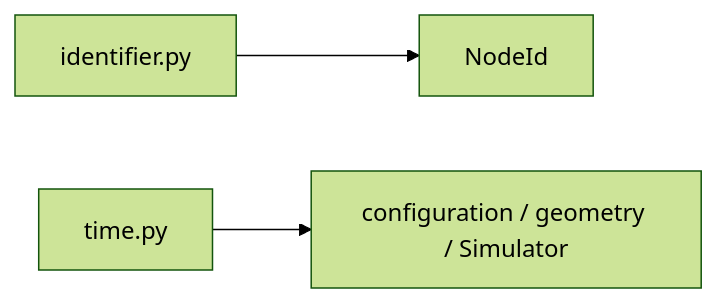
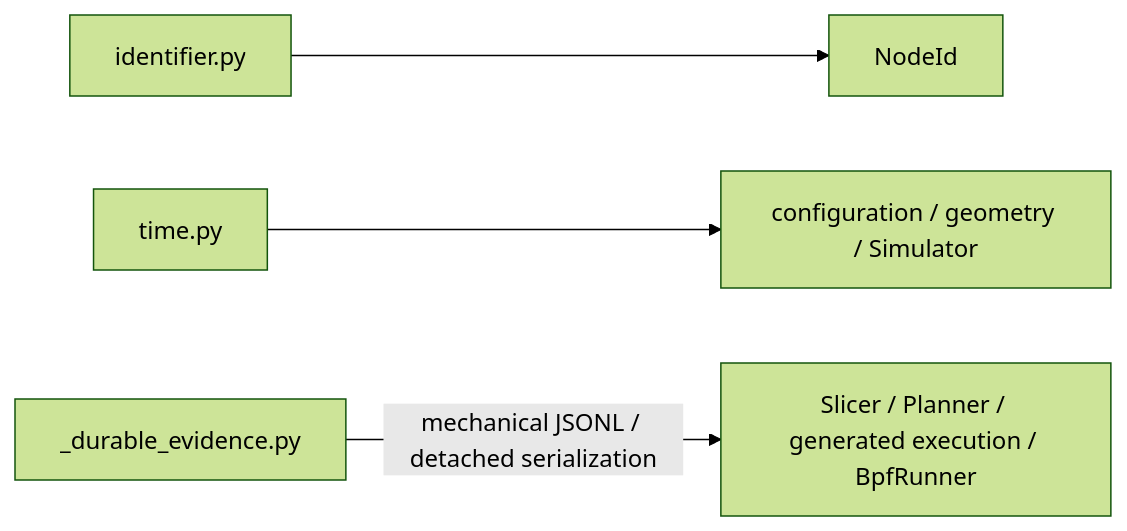
Before and after one commit to seed-labs/skyseed: the second of 3 diagrams in skyseed_v2/src/skyseed_v2/shared/README.md, drawn with Mermaid (forest theme). The commit also changed other lines of this file and 145 other files, not shown here.

Commit message:
feat: complete bpf runner stage

````diff
--- a/skyseed_v2/src/skyseed_v2/shared/README.md
+++ b/skyseed_v2/src/skyseed_v2/shared/README.md
@@ -27,5 +28,6 @@
 ```mermaid
 flowchart LR
     IDENTIFIER["identifier.py"] --> NODE["NodeId"]
     TIME["time.py"] --> TIME_USERS["configuration / geometry / Simulator"]
+    DURABLE["_durable_evidence.py"] -->|mechanical JSONL / detached serialization| EVIDENCE_USERS["Slicer / Planner / generated execution / BpfRunner"]
 ```
````
